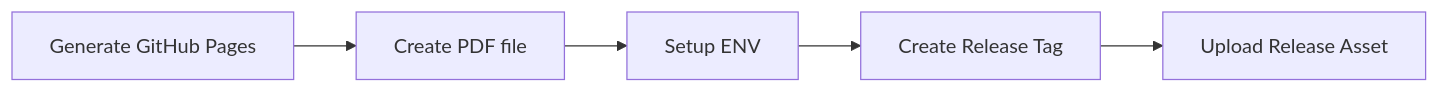
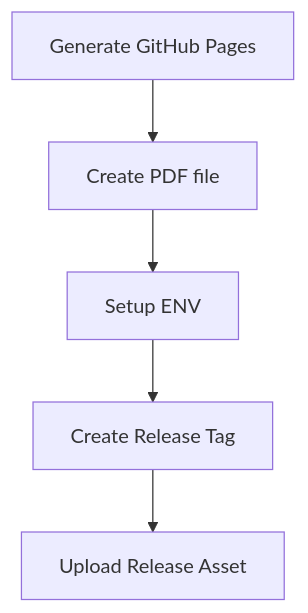
Before and after one commit to doctor500/cv: the diagram in README.md, drawn with Mermaid.

Commit message:
feat: change mermaid graph style

````diff
--- a/README.md
+++ b/README.md
@@ -10,7 +10,7 @@
 ```mermaid
-graph LR;
+graph TD;
     A[Generate GitHub Pages]-->B[Create PDF file]
     B[Create PDF file]-->C[Setup ENV]
     C[Setup ENV]-->D[Create Release Tag]
     D[Create Release Tag]-->E[Upload Release Asset]
 ```
````
